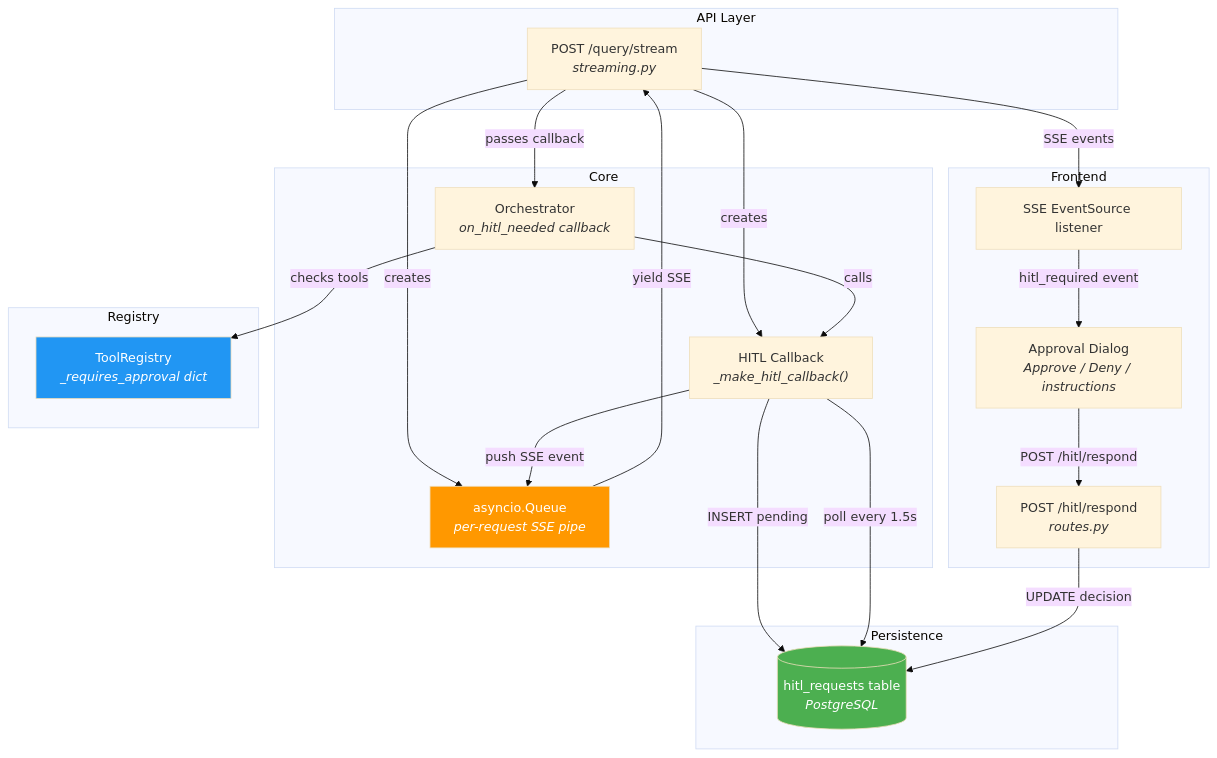
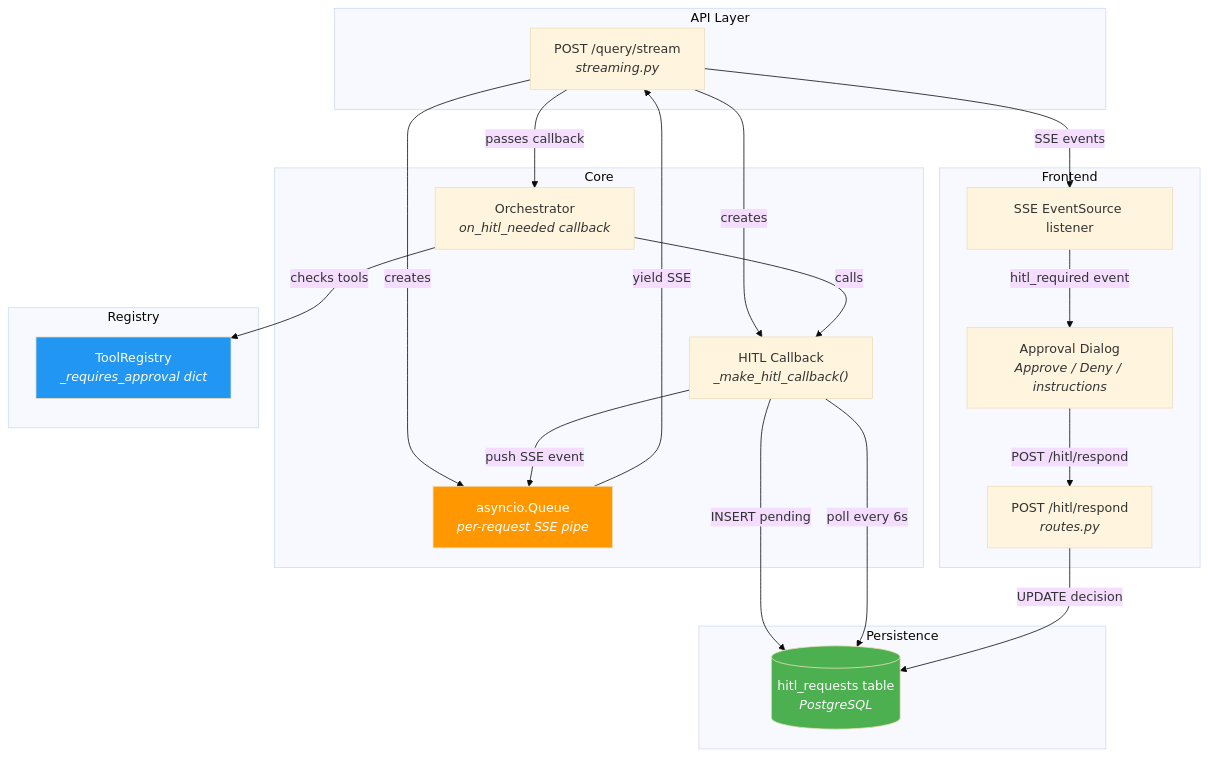
One commit to vinu0404/TopoSort-RAG changed diagram 30 of 32 in README.md. Above: the diagram before and after it, drawn with Mermaid (base theme). The commit also changed other lines of this file and 13 other files, not shown here.

````diff
--- a/README.md
+++ b/README.md
@@ -3356,44 +3650,44 @@
 ```mermaid
 graph TD
     subgraph "Frontend"
         FE["SSE EventSource listener"]
         Dialog["Approval Dialog<br/><i>Approve / Deny / instructions</i>"]
         FE -->|"hitl_required event"| Dialog
         Dialog -->|"POST /hitl/respond"| HitlEndpoint
     end
 
     subgraph "API Layer"
         Stream["POST /query/stream<br/><i>streaming.py</i>"]
         HitlEndpoint["POST /hitl/respond<br/><i>routes.py</i>"]
     end
 
     subgraph "Core"
         Orch["Orchestrator<br/><i>on_hitl_needed callback</i>"]
         CB["HITL Callback<br/><i>_make_hitl_callback()</i>"]
         Queue["asyncio.Queue<br/><i>per-request SSE pipe</i>"]
     end
 
     subgraph "Persistence"
         DB[("hitl_requests table<br/><i>PostgreSQL</i>")]
     end
 
     subgraph "Registry"
         ToolReg["ToolRegistry<br/><i>_requires_approval dict</i>"]
     end
 
     Stream -->|"creates"| Queue
     Stream -->|"creates"| CB
     Stream -->|"passes callback"| Orch
     Orch -->|"checks tools"| ToolReg
     Orch -->|"calls"| CB
     CB -->|"INSERT pending"| DB
     CB -->|"push SSE event"| Queue
-    CB -->|"poll every 1.5s"| DB
+    CB -->|"poll every 6s"| DB
     HitlEndpoint -->|"UPDATE decision"| DB
     Queue -->|"yield SSE"| Stream
     Stream -->|"SSE events"| FE
 
     style DB fill:#4CAF50,color:#fff
     style Queue fill:#FF9800,color:#fff
     style ToolReg fill:#2196F3,color:#fff
 ```
````
